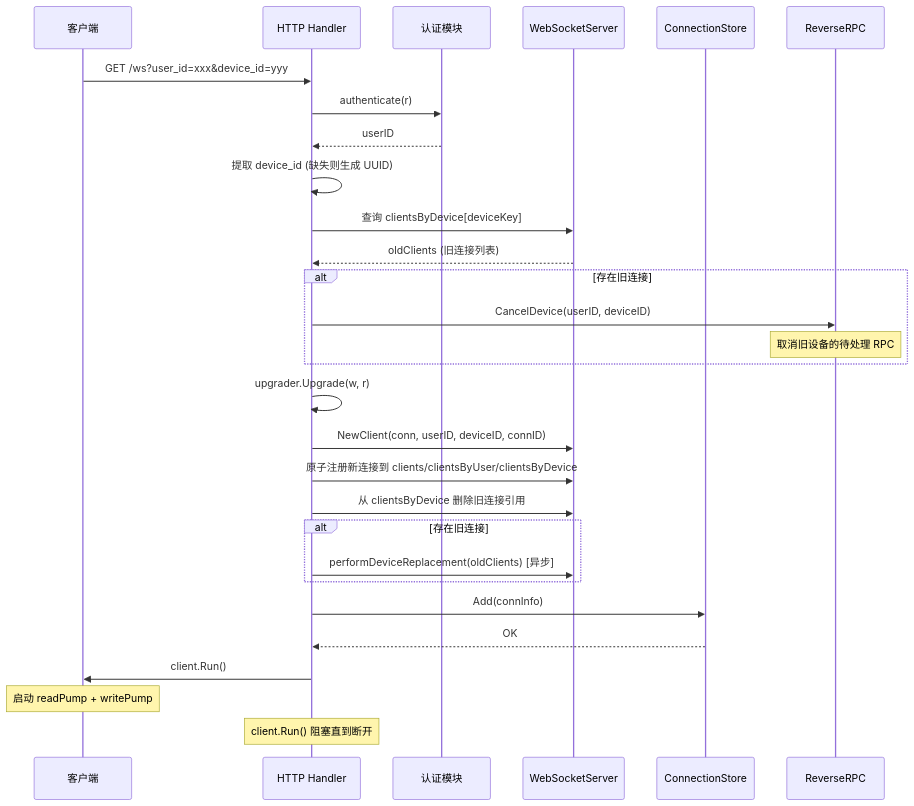
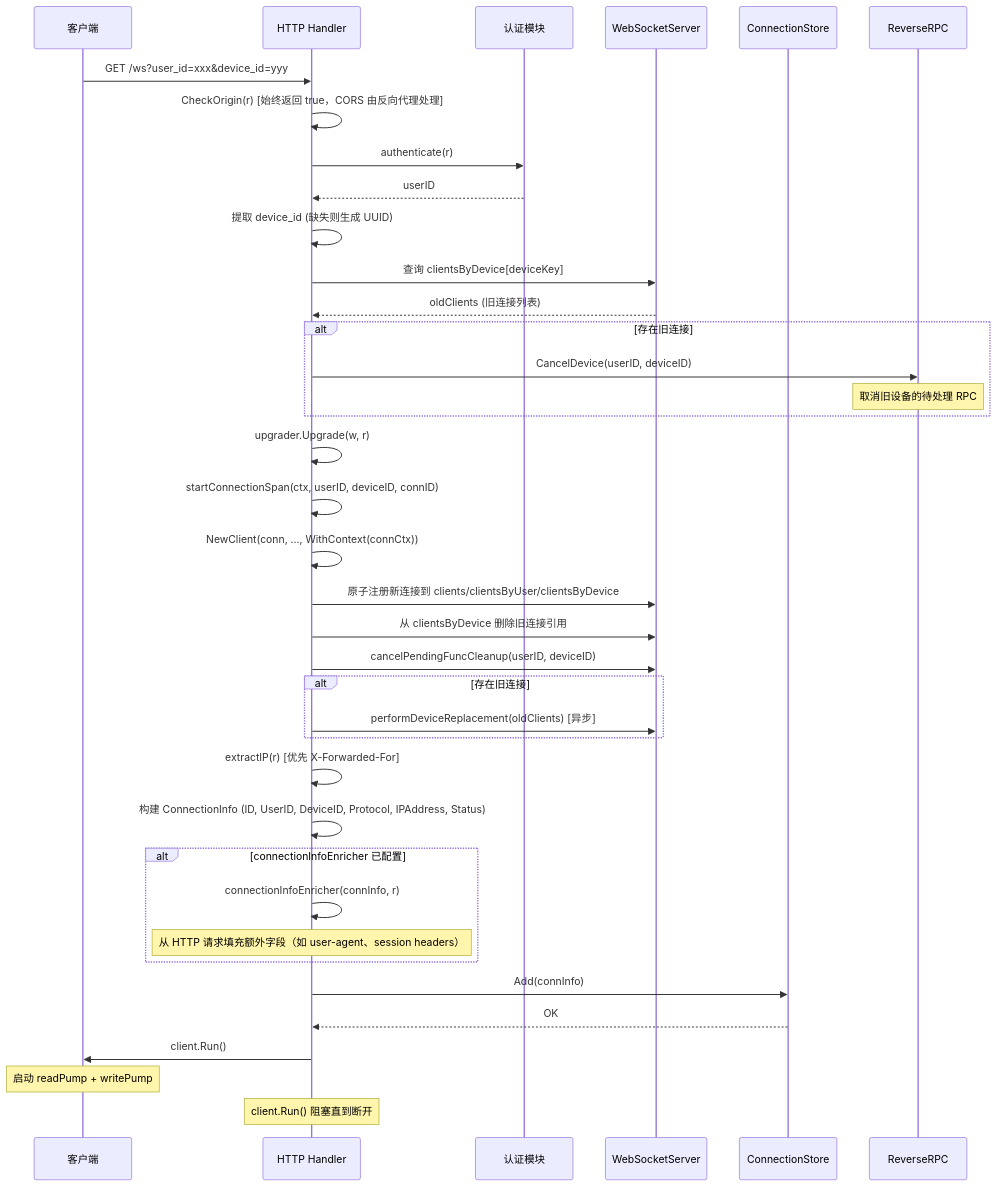
The first of 14 diagrams in wiki/flows/websocket-connection.md (PineappleBond/xyncra-server), drawn with Mermaid before and after one commit. The commit also changed other lines of this file and 16 other files, not shown here.

First line of the commit message:
docs(wiki): comprehensive review and fix of all flow documents

````diff
--- a/wiki/flows/websocket-connection.md
+++ b/wiki/flows/websocket-connection.md
@@ -9,39 +14,48 @@
 ```mermaid
 sequenceDiagram
     participant Client as 客户端
     participant HTTP as HTTP Handler
     participant Auth as 认证模块
     participant WS as WebSocketServer
     participant CS as ConnectionStore
     participant RR as ReverseRPC
 
     Client->>HTTP: GET /ws?user_id=xxx&device_id=yyy
+    HTTP->>HTTP: CheckOrigin(r) [始终返回 true，CORS 由反向代理处理]
     HTTP->>Auth: authenticate(r)
     Auth-->>HTTP: userID
 
     HTTP->>HTTP: 提取 device_id (缺失则生成 UUID)
     HTTP->>WS: 查询 clientsByDevice[deviceKey]
     WS-->>HTTP: oldClients (旧连接列表)
 
     alt 存在旧连接
         HTTP->>RR: CancelDevice(userID, deviceID)
         Note over RR: 取消旧设备的待处理 RPC
     end
 
     HTTP->>HTTP: upgrader.Upgrade(w, r)
-    HTTP->>WS: NewClient(conn, userID, deviceID, connID)
+    HTTP->>HTTP: startConnectionSpan(ctx, userID, deviceID, connID)
+    HTTP->>HTTP: NewClient(conn, ..., WithContext(connCtx))
     HTTP->>WS: 原子注册新连接到 clients/clientsByUser/clientsByDevice
     HTTP->>WS: 从 clientsByDevice 删除旧连接引用
+    HTTP->>WS: cancelPendingFuncCleanup(userID, deviceID)
 
     alt 存在旧连接
         HTTP->>WS: performDeviceReplacement(oldClients) [异步]
     end
 
+    HTTP->>HTTP: extractIP(r) [优先 X-Forwarded-For]
+    HTTP->>HTTP: 构建 ConnectionInfo (ID, UserID, DeviceID, Protocol, IPAddress, Status)
+    alt connectionInfoEnricher 已配置
+        HTTP->>HTTP: connectionInfoEnricher(connInfo, r)
+        Note over HTTP: 从 HTTP 请求填充额外字段（如 user-agent、session headers）
+    end
     HTTP->>CS: Add(connInfo)
     CS-->>HTTP: OK
 
     HTTP->>Client: client.Run()
     Note over Client: 启动 readPump + writePump
 
     Note over HTTP: client.Run() 阻塞直到断开
 ```
````
